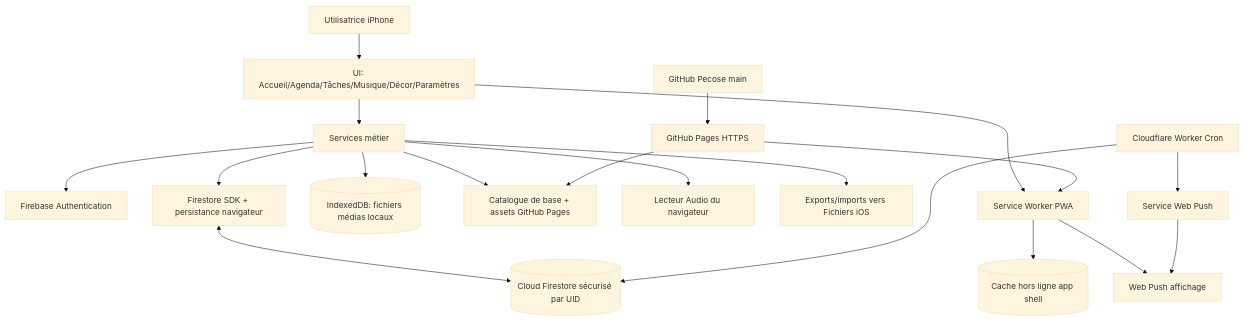
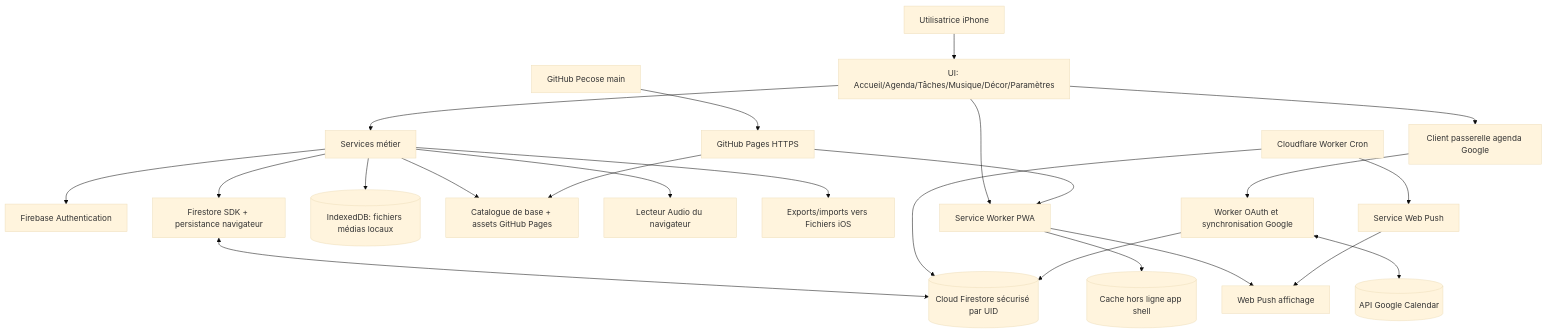
Before and after one commit to Pecose/organiseur-personnel: the diagram in docs/ARCHITECTURE.md, drawn with Mermaid (base theme). The commit also changed other lines of this file, not shown here.

Commit message:
docs(architecture): autoriser Google Agenda bidirectionnel et retirer l'alias agent.md

````diff
--- a/docs/ARCHITECTURE.md
+++ b/docs/ARCHITECTURE.md
@@ -325,21 +384,25 @@
 ```mermaid
 flowchart TD
     U[Utilisatrice iPhone] --> UI[UI: Accueil/Agenda/Tâches/Musique/Décor/Paramètres]
     UI --> APP[Services métier]
     APP --> AUTH[Firebase Authentication]
     APP --> DB[Firestore SDK + persistance navigateur]
     DB <--> CLOUD[(Cloud Firestore sécurisé par UID)]
     APP --> MEDIA[(IndexedDB: fichiers médias locaux)]
     APP --> CATALOG[Catalogue de base + assets GitHub Pages]
     APP --> PLAYER[Lecteur Audio du navigateur]
     APP --> BACKUP[Exports/imports vers Fichiers iOS]
     UI --> SW[Service Worker PWA]
     SW --> CACHE[(Cache hors ligne app shell)]
     SW --> PUSH[Web Push affichage]
     CRON[Cloudflare Worker Cron] --> CLOUD
     CRON --> WEBPUSH[Service Web Push]
     WEBPUSH --> PUSH
+    UI --> CALBRIDGE[Client passerelle agenda Google]
+    CALBRIDGE --> CALWORKER[Worker OAuth et synchronisation Google]
+    CALWORKER <--> GCAL[(API Google Calendar)]
+    CALWORKER --> CLOUD
     GIT[GitHub Pecose main] --> PAGES[GitHub Pages HTTPS]
     PAGES --> SW
     PAGES --> CATALOG
 ```
````
